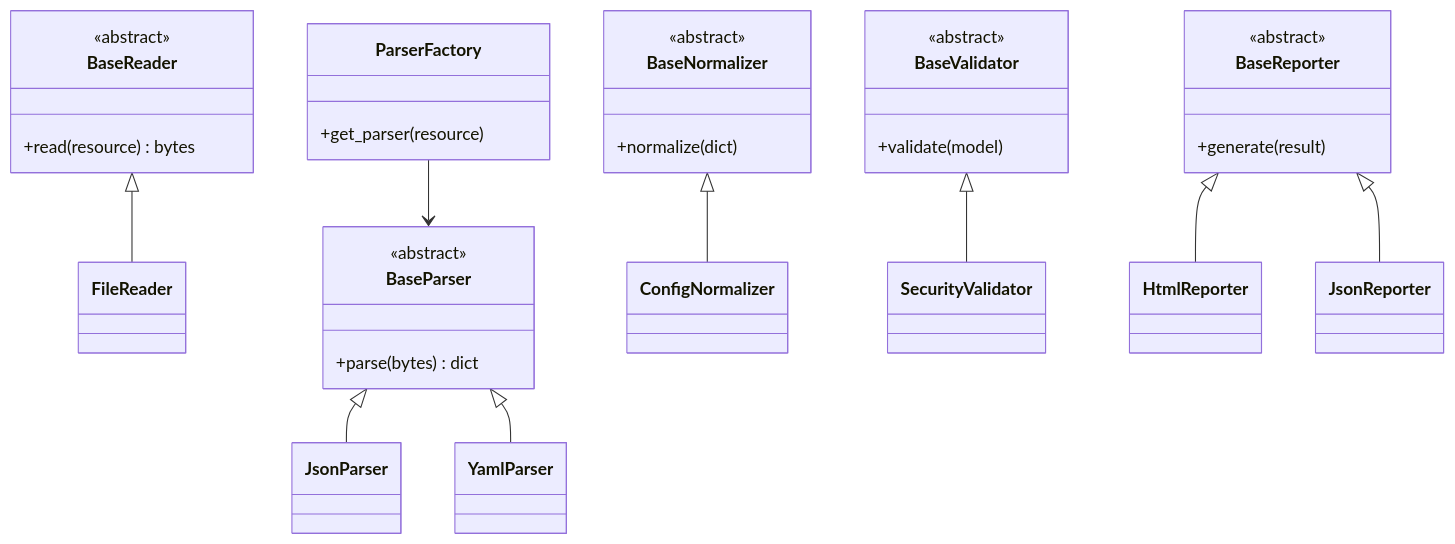
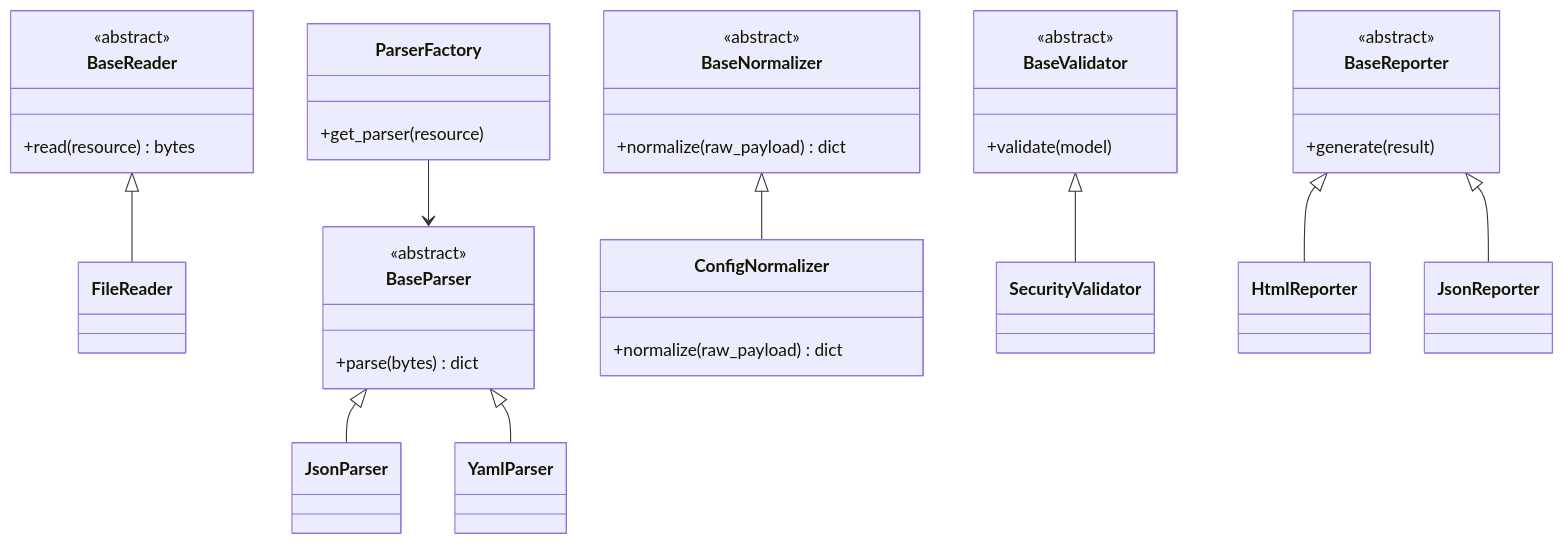
The first of 3 diagrams in docs/developer-guide.md (truongtranit/security-configuration-inspector), drawn with Mermaid before and after one commit. The commit also changed 6 other files, not shown here.

Commit message:
Implement ConfigNormalizer canonical schema.

````diff
--- a/docs/developer-guide.md
+++ b/docs/developer-guide.md
@@ -3,58 +3,60 @@
 ``` mermaid
 classDiagram
 
 class BaseReader{
     <<abstract>>
     +read(resource) bytes
 }
 
 class FileReader
 
 BaseReader <|-- FileReader
 
 class BaseParser{
     <<abstract>>
     +parse(bytes) dict
 }
 
 class JsonParser
 class YamlParser
 
 BaseParser <|-- JsonParser
 BaseParser <|-- YamlParser
 
 class ParserFactory{
     +get_parser(resource)
 }
 
 ParserFactory --> BaseParser
 
 class BaseNormalizer{
     <<abstract>>
-    +normalize(dict)
+    +normalize(raw_payload) dict
 }
 
-class ConfigNormalizer
+class ConfigNormalizer {
+    +normalize(raw_payload) dict
+}
 
 BaseNormalizer <|-- ConfigNormalizer
 
 class BaseValidator{
     <<abstract>>
     +validate(model)
 }
 
 class SecurityValidator
 
 BaseValidator <|-- SecurityValidator
 
 class BaseReporter{
     <<abstract>>
     +generate(result)
 }
 
 class HtmlReporter
 class JsonReporter
 
 BaseReporter <|-- HtmlReporter
 BaseReporter <|-- JsonReporter
 ```
````
